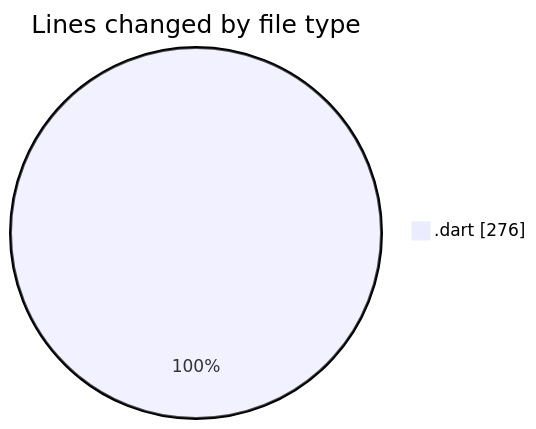
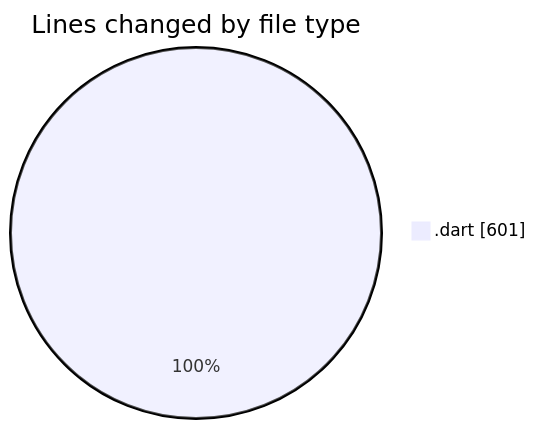
The first of 2 diagrams in 2025-04-10/trackers_app/README.md (donsfak/code-tracking), drawn with Mermaid before and after one commit. The commit also changed other lines of this file and 1 other file, not shown here.

````diff
--- a/2025-04-10/trackers_app/README.md
+++ b/2025-04-10/trackers_app/README.md
@@ -26,5 +27,5 @@
 ```mermaid
 pie showData
 title Lines changed by file type
-".dart" : 276
+".dart" : 601
 ```
````
